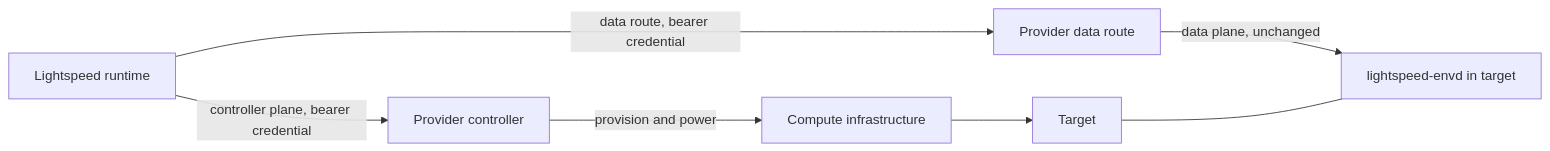
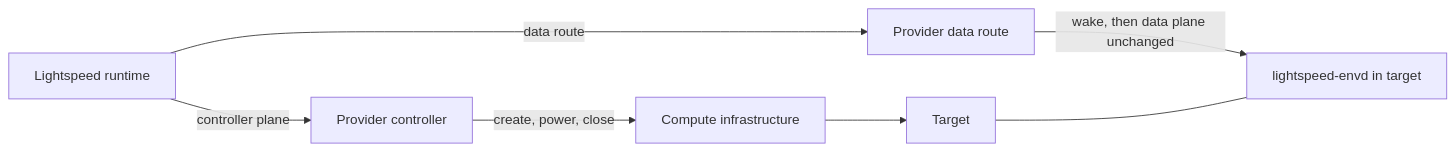
One commit to smartcomputer-ai/lightspeed changed the diagram in docs/documentation/integrating-and-extending/environment-providers.md. Above: the diagram before and after it, drawn with Mermaid. The commit also changed other lines of this file and 191 other files, not shown here.

````diff
--- a/docs/documentation/integrating-and-extending/environment-providers.md
+++ b/docs/documentation/integrating-and-extending/environment-providers.md
@@ -24,9 +27,9 @@
 ```mermaid
 flowchart LR
-  Runtime[Lightspeed runtime] -->|controller plane, bearer credential| Controller[Provider controller]
-  Controller -->|provision and power| Infrastructure[Compute infrastructure]
-  Runtime -->|data route, bearer credential| Route[Provider data route]
-  Route -->|data plane, unchanged| Daemon[lightspeed-envd in target]
+  Runtime[Lightspeed runtime] -->|controller plane| Controller[Provider controller]
+  Controller -->|create, power, close| Infrastructure[Compute infrastructure]
+  Runtime -->|data route| Route[Provider data route]
+  Route -->|wake, then data plane unchanged| Daemon[lightspeed-envd in target]
   Infrastructure --> Target[Target]
   Target --- Daemon
 ```
````
